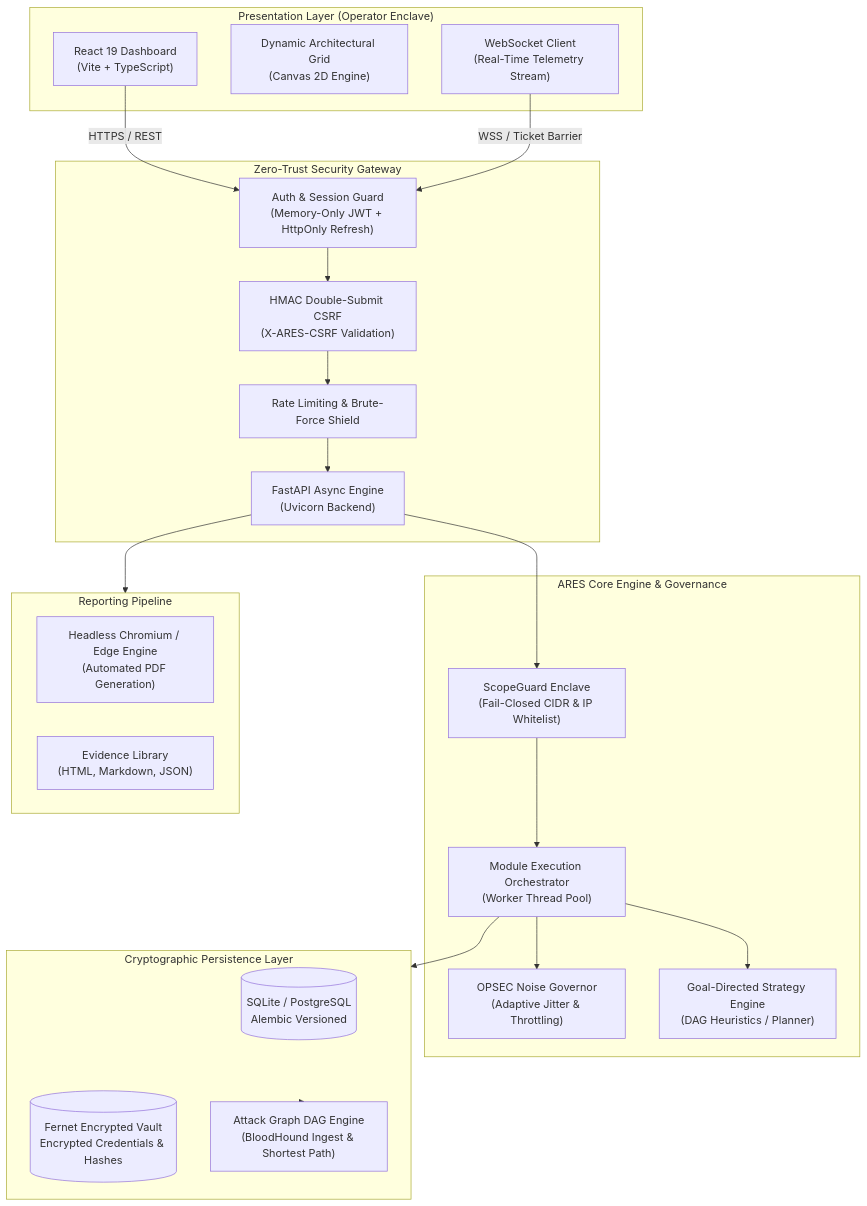
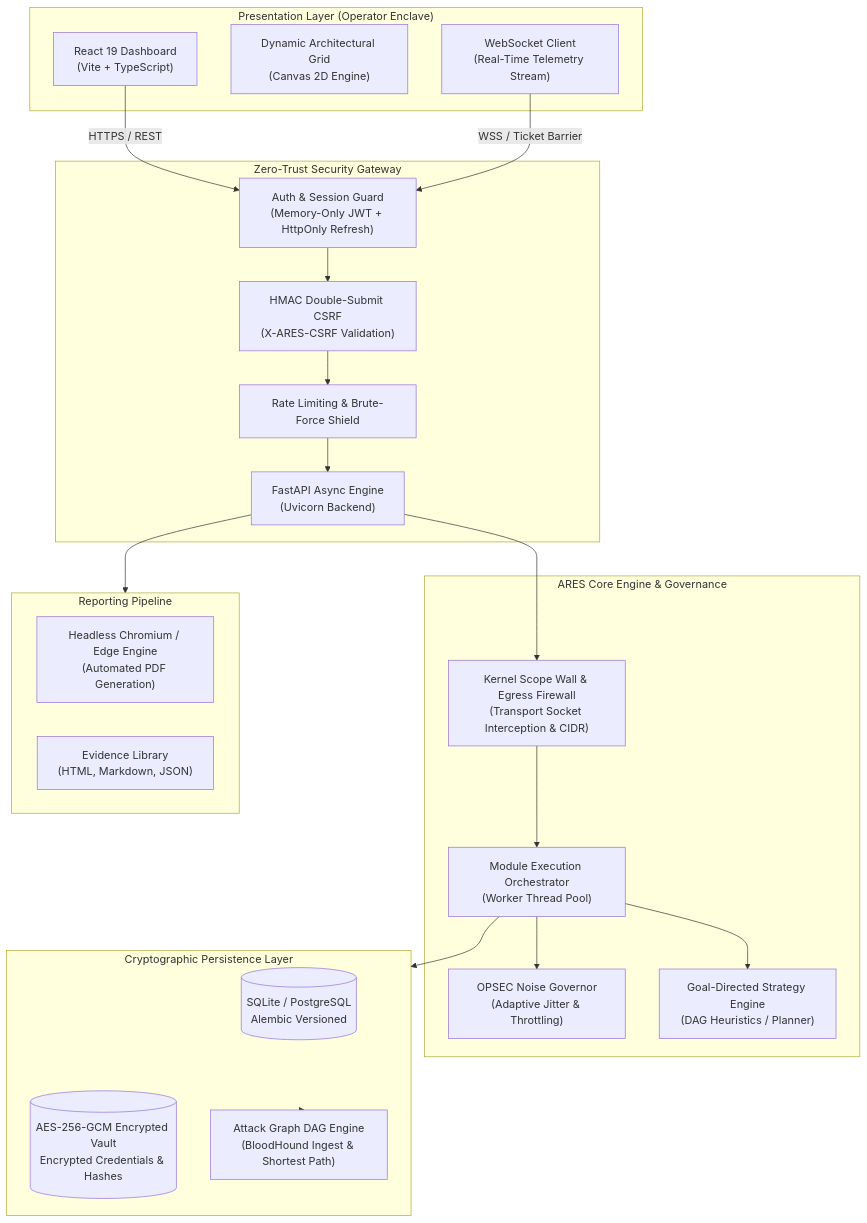
Before and after one commit to Mafifrizi/ARES: the diagram in README.md, drawn with Mermaid. The commit also changed other lines of this file and 19 other files, not shown here.

Commit message:
feat(security): implement Kernel Scope Wall egress firewall and upgrade vault to AES-256-GCM

````diff
--- a/README.md
+++ b/README.md
@@ -408,44 +410,44 @@
 ```mermaid
 flowchart TB
     subgraph Client["Presentation Layer (Operator Enclave)"]
         UI["React 19 Dashboard<br>(Vite + TypeScript)"]
         Mesh["Dynamic Architectural Grid<br>(Canvas 2D Engine)"]
         WSClient["WebSocket Client<br>(Real-Time Telemetry Stream)"]
     end
 
     subgraph Gateway["Zero-Trust Security Gateway"]
         FastAPI["FastAPI Async Engine<br>(Uvicorn Backend)"]
         AuthGuard["Auth & Session Guard<br>(Memory-Only JWT + HttpOnly Refresh)"]
         CSRF["HMAC Double-Submit CSRF<br>(X-ARES-CSRF Validation)"]
         RateLimit["Rate Limiting & Brute-Force Shield"]
     end
 
     subgraph Core["ARES Core Engine & Governance"]
-        ScopeFirewall["ScopeGuard Enclave<br>(Fail-Closed CIDR & IP Whitelist)"]
+        ScopeFirewall["Kernel Scope Wall & Egress Firewall<br>(Transport Socket Interception & CIDR)"]
         Governor["OPSEC Noise Governor<br>(Adaptive Jitter & Throttling)"]
         Orchestrator["Module Execution Orchestrator<br>(Worker Thread Pool)"]
         AutoPlanner["Goal-Directed Strategy Engine<br>(DAG Heuristics / Planner)"]
     end
 
     subgraph Storage["Cryptographic Persistence Layer"]
         DB[(SQLite / PostgreSQL<br>Alembic Versioned)]
-        Vault[(Fernet Encrypted Vault<br>Encrypted Credentials & Hashes)]
+        Vault[(AES-256-GCM Encrypted Vault<br>Encrypted Credentials & Hashes)]
         GraphEngine["Attack Graph DAG Engine<br>(BloodHound Ingest & Shortest Path)"]
     end
 
     subgraph Deliverables["Reporting Pipeline"]
         PDFGen["Headless Chromium / Edge Engine<br>(Automated PDF Generation)"]
         Artifacts["Evidence Library<br>(HTML, Markdown, JSON)"]
     end
 
     UI -->|HTTPS / REST| AuthGuard
     WSClient -->|WSS / Ticket Barrier| AuthGuard
     AuthGuard --> CSRF --> RateLimit --> FastAPI
     FastAPI --> ScopeFirewall
     ScopeFirewall --> Orchestrator
     Orchestrator --> Governor
     Orchestrator --> AutoPlanner
     Orchestrator --> Storage
     Storage --> GraphEngine
     FastAPI --> Deliverables
 ```
````
